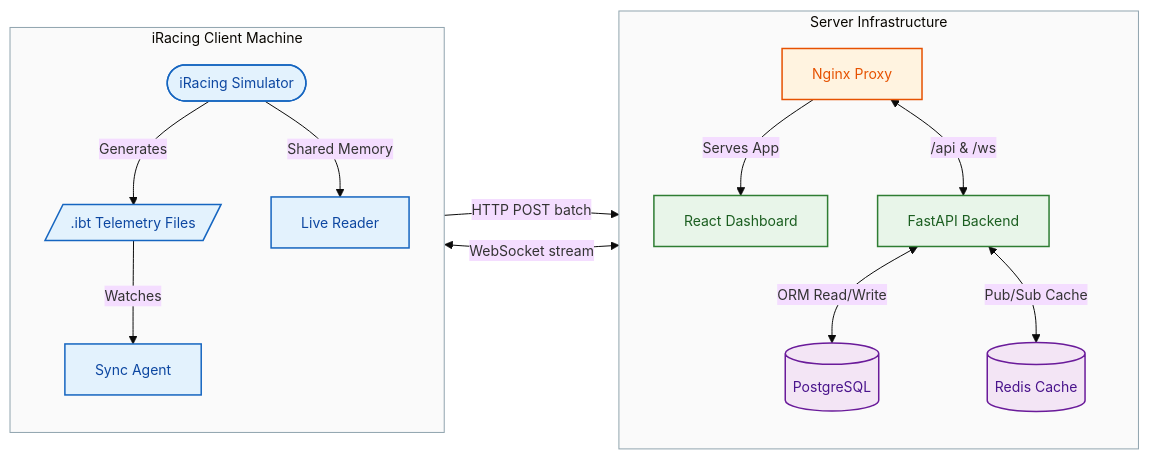
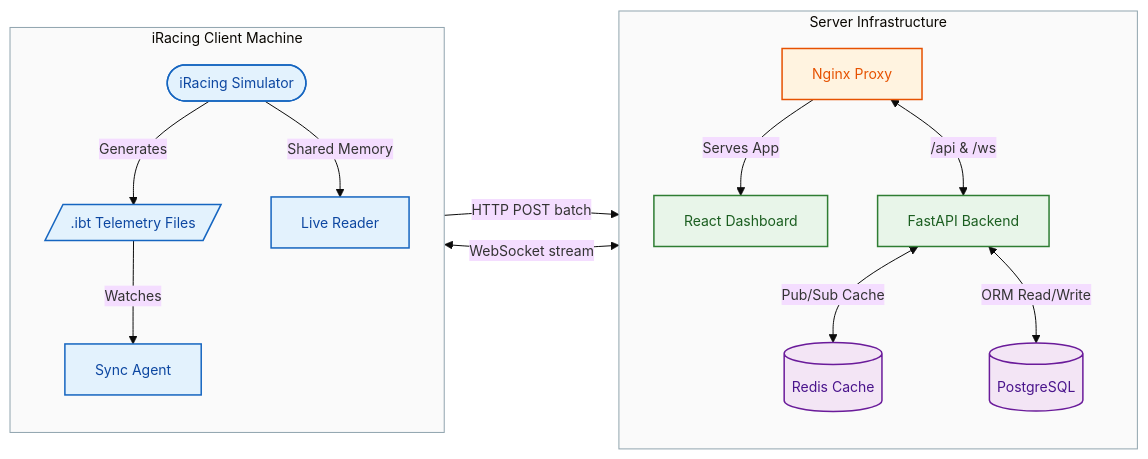
One commit to 0resuto/iracing-cold-mirror changed the diagram in README.md. Above: the diagram before and after it, drawn with Mermaid. The commit also changed other lines of this file and 7 other files, not shown here.

````diff
--- a/README.md
+++ b/README.md
@@ -25,45 +25,45 @@
 ```mermaid
 %%{init: {'theme': 'base', 'themeVariables': { 'fontSize': '14px' }}}%%
 flowchart LR
     subgraph Client["iRacing Client Machine"]
         direction TB
         Sim(["iRacing Simulator"])
         IBT[/".ibt Telemetry Files"/]
         Agent["Sync Agent"]
         Live["Live Reader"]
 
         Sim -->|Generates| IBT
         Sim -->|Shared Memory| Live
         IBT -->|Watches| Agent
     end
 
     subgraph Server["Server Infrastructure"]
         direction TB
         Proxy["Nginx Proxy"]
         UI["React Dashboard"]
         API["FastAPI Backend"]
+        Redis[("Redis Cache")]
         DB[("PostgreSQL")]
-        Redis[("Redis Cache")]
 
         Proxy -->|Serves App| UI
         Proxy <-->|"/api & /ws"| API
+        API <-->|Pub/Sub Cache| Redis
         API <-->|ORM Read/Write| DB
-        API <-->|Pub/Sub Cache| Redis
     end
 
     Agent -->|HTTP POST batch| Proxy
     Live <-->|WebSocket stream| Proxy
 
     classDef client fill:#E3F2FD,stroke:#1565C0,stroke-width:1.5px,color:#0D47A1
     classDef edge fill:#FFF3E0,stroke:#E65100,stroke-width:1.5px,color:#E65100
     classDef app fill:#E8F5E9,stroke:#2E7D32,stroke-width:1.5px,color:#1B5E20
     classDef data fill:#F3E5F5,stroke:#6A1B9A,stroke-width:1.5px,color:#4A148C
 
     class Sim,IBT,Agent,Live client
     class Proxy edge
     class UI,API app
     class DB,Redis data
 
     style Client fill:#FAFAFA,stroke:#90A4AE,stroke-width:1px
     style Server fill:#FAFAFA,stroke:#90A4AE,stroke-width:1px
 ```
````
